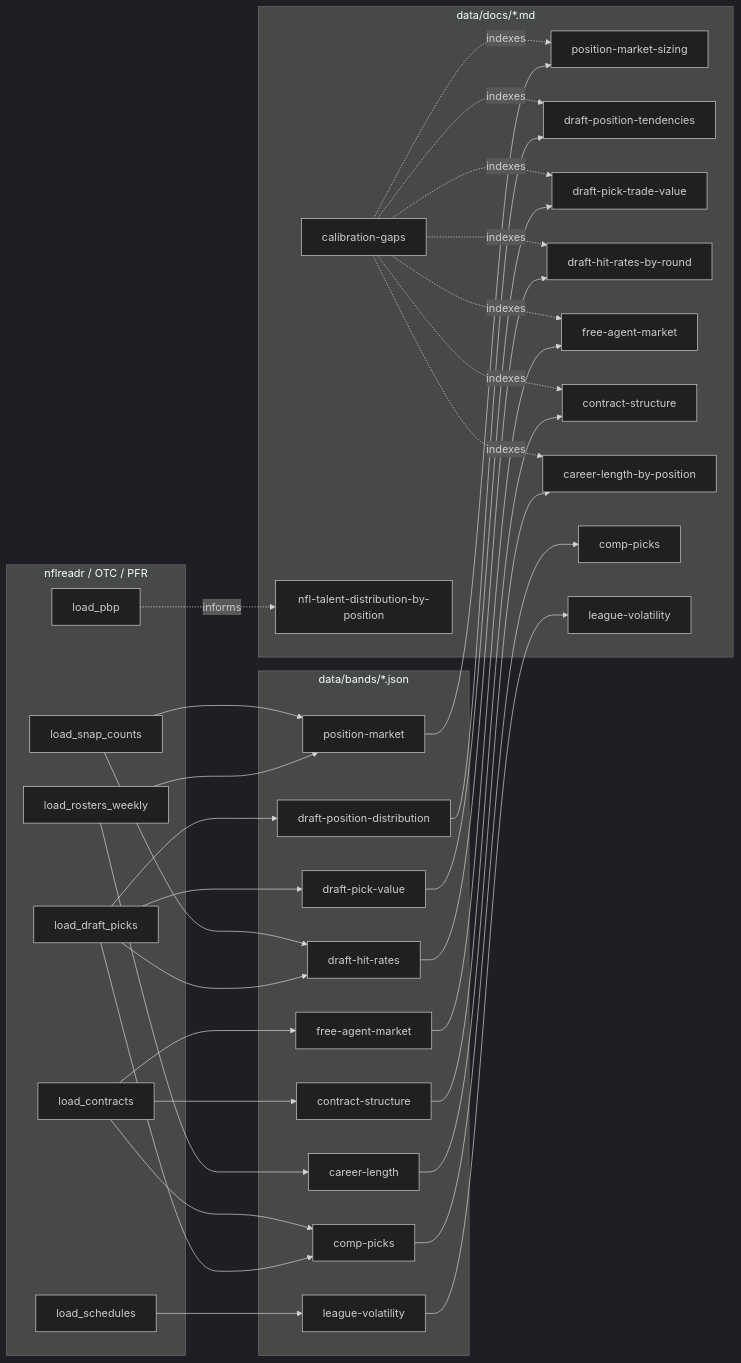
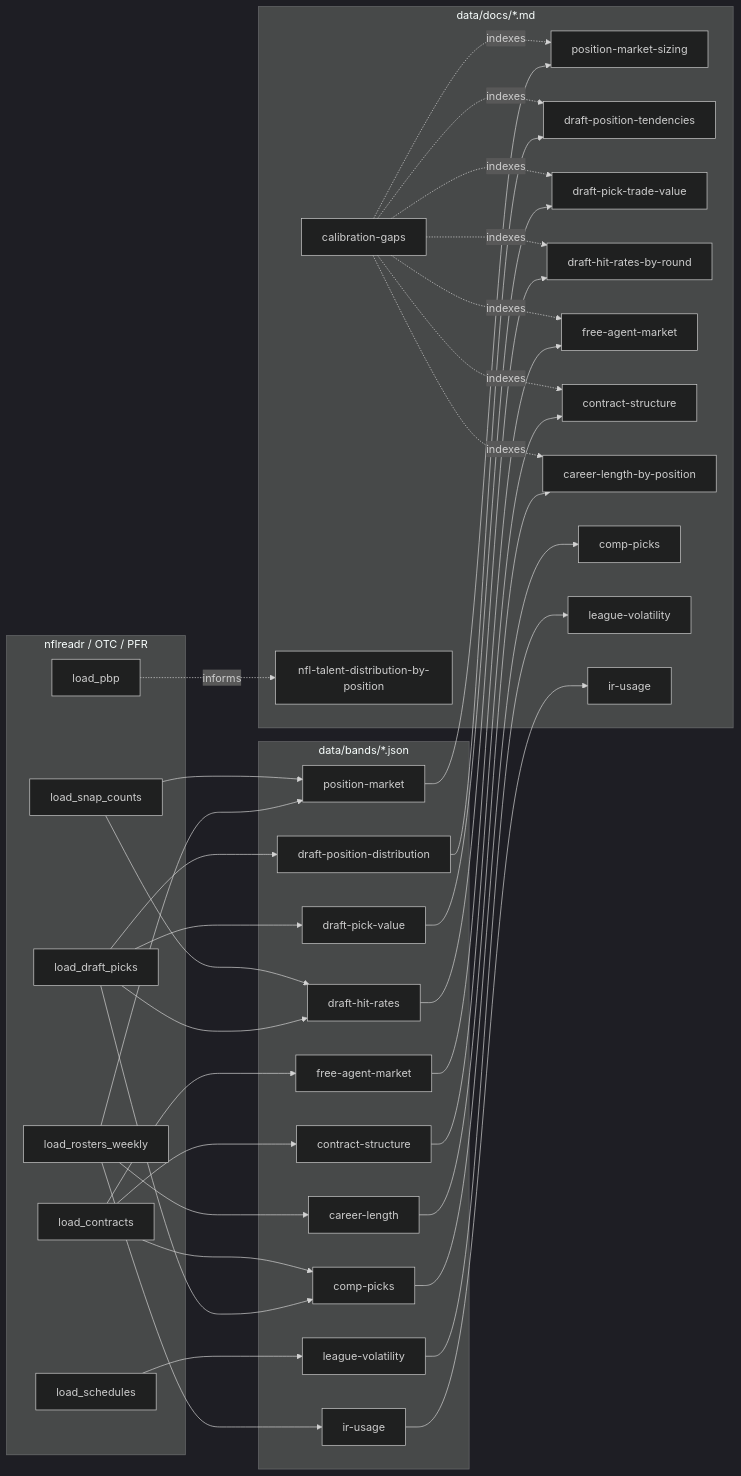
Before and after one commit to Tiernebre/zone-blitz: the diagram in data/docs/README.md, drawn with Mermaid (dark theme). The commit also changed other lines of this file and 3 other files, not shown here.

````diff
--- a/data/docs/README.md
+++ b/data/docs/README.md
@@ -15,53 +15,56 @@
 ```mermaid
 flowchart LR
     subgraph Sources["nflreadr / OTC / PFR"]
         PBP[load_pbp]
         ROS[load_rosters_weekly]
         SNAP[load_snap_counts]
         DRAFT[load_draft_picks]
         CTR[load_contracts]
         SCH[load_schedules]
     end
 
     subgraph Bands["data/bands/*.json"]
         B1[position-market]
         B2[draft-position-distribution]
         B3[draft-pick-value]
         B4[draft-hit-rates]
         B5[free-agent-market]
         B6[contract-structure]
         B7[career-length]
         B8[comp-picks]
         B9[league-volatility]
+        B10[ir-usage]
     end
 
     subgraph Docs["data/docs/*.md"]
         D0[calibration-gaps]
         D1[position-market-sizing]
         D2[draft-position-tendencies]
         D3[draft-pick-trade-value]
         D4[draft-hit-rates-by-round]
         D5[free-agent-market]
         D6[contract-structure]
         D7[career-length-by-position]
         D8[nfl-talent-distribution-by-position]
         D9[comp-picks]
         D10[league-volatility]
+        D11[ir-usage]
     end
 
     ROS --> B1 --> D1
     DRAFT --> B2 --> D2
     DRAFT --> B3 --> D3
     DRAFT --> B4 --> D4
     CTR --> B5 --> D5
     CTR --> B6 --> D6
     ROS --> B7 --> D7
     DRAFT --> B8 --> D9
     CTR --> B8
     PBP -. informs .-> D8
     SNAP --> B1
     SNAP --> B4
     SCH --> B9 --> D10
+    ROS --> B10 --> D11
 
     D0 -. indexes .-> D1 & D2 & D3 & D4 & D5 & D6 & D7
 ```
````
